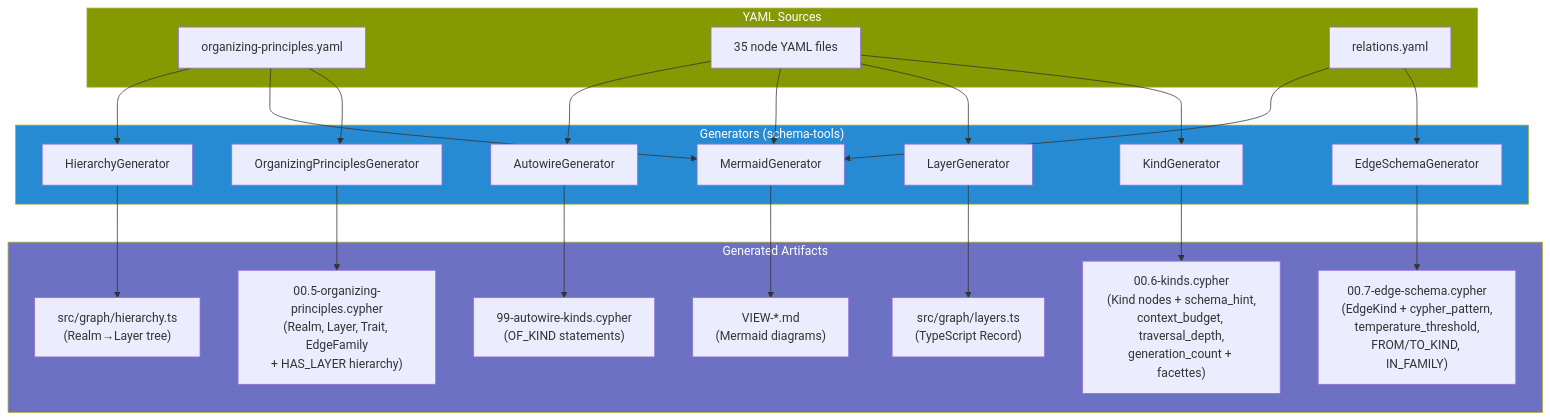
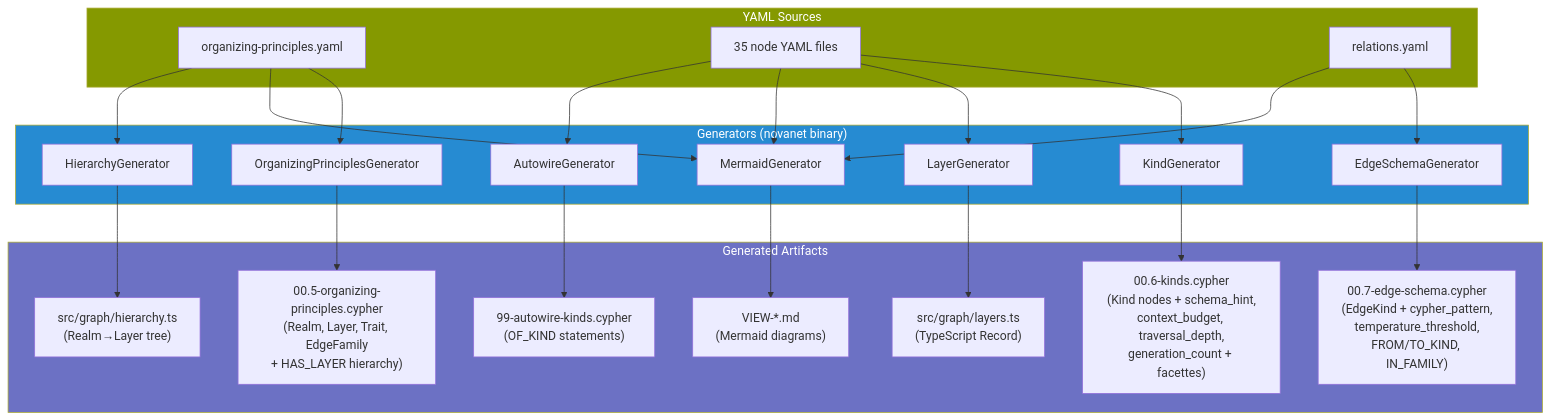
Before and after one commit to supernovae-st/novanet: the eighth of 8 diagrams in docs/ONTOLOGY-V9.md, drawn with Mermaid. The commit also changed other lines of this file and 11 other files, not shown here.

````diff
--- a/docs/ONTOLOGY-V9.md
+++ b/docs/ONTOLOGY-V9.md
@@ -1235,40 +1235,40 @@
 ```mermaid
 flowchart TB
   subgraph YAML["YAML Sources"]
     OP["organizing-principles.yaml"]
     NODES["35 node YAML files"]
     RELS["relations.yaml"]
   end
 
-  subgraph GENERATORS["Generators (schema-tools)"]
+  subgraph GENERATORS["Generators (novanet binary)"]
     G1["OrganizingPrinciplesGenerator"]
     G2["KindGenerator"]
     G3["EdgeSchemaGenerator"]
     G4["LayerGenerator"]
     G5["MermaidGenerator"]
     G6["AutowireGenerator"]
     G7["HierarchyGenerator"]
   end
 
   subgraph OUTPUT["Generated Artifacts"]
     O1["00.5-organizing-principles.cypher\n(Realm, Layer, Trait, EdgeFamily\n+ HAS_LAYER hierarchy)"]
     O2["00.6-kinds.cypher\n(Kind nodes + schema_hint,\ncontext_budget, traversal_depth,\ngeneration_count + facettes)"]
     O3["00.7-edge-schema.cypher\n(EdgeKind + cypher_pattern,\ntemperature_threshold,\nFROM/TO_KIND, IN_FAMILY)"]
     O4["src/graph/layers.ts\n(TypeScript Record)"]
     O5["VIEW-*.md\n(Mermaid diagrams)"]
     O6["99-autowire-kinds.cypher\n(OF_KIND statements)"]
     O7["src/graph/hierarchy.ts\n(Realm→Layer tree)"]
   end
 
   OP --> G1 --> O1
   NODES --> G2 --> O2
   RELS --> G3 --> O3
   NODES --> G4 --> O4
   OP & NODES & RELS --> G5 --> O5
   NODES --> G6 --> O6
   OP --> G7 --> O7
 
   style YAML fill:#859900,color:#fff
   style GENERATORS fill:#268bd2,color:#fff
   style OUTPUT fill:#6c71c4,color:#fff
 ```
````
